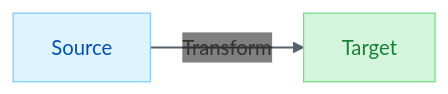
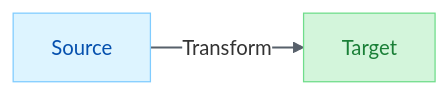
One commit to fabioc-aloha/Alex_Plug_In changed the diagram in platforms/agent-plugin/plugin/skills/markdown-mermaid/SKILL.md. Above: the diagram before and after it, drawn with Mermaid. The commit also changed other lines of this file and 307 other files, not shown here.

````diff
--- a/platforms/agent-plugin/plugin/skills/markdown-mermaid/SKILL.md
+++ b/platforms/agent-plugin/plugin/skills/markdown-mermaid/SKILL.md
@@ -547,10 +547,10 @@
 ```mermaid
-%%{init: {'theme': 'base', 'themeVariables': { 'primaryColor': '#cce5ff', 'primaryTextColor': '#333', 'lineColor': '#666', 'edgeLabelBackground': 'transparent'}}}%%
+%%{init: {'theme': 'base', 'themeVariables': { 'primaryColor': '#cce5ff', 'primaryTextColor': '#333', 'lineColor': '#666', 'edgeLabelBackground': '#ffffff'}}}%%
 flowchart LR
     A[Source] --> |Transform| B[Target]
     
     style A fill:#ddf4ff,color:#0550ae,stroke:#80ccff
     style B fill:#d3f5db,color:#1a7f37,stroke:#6fdd8b
     
     linkStyle default stroke:#57606a,stroke-width:1.5px
 ```
````
